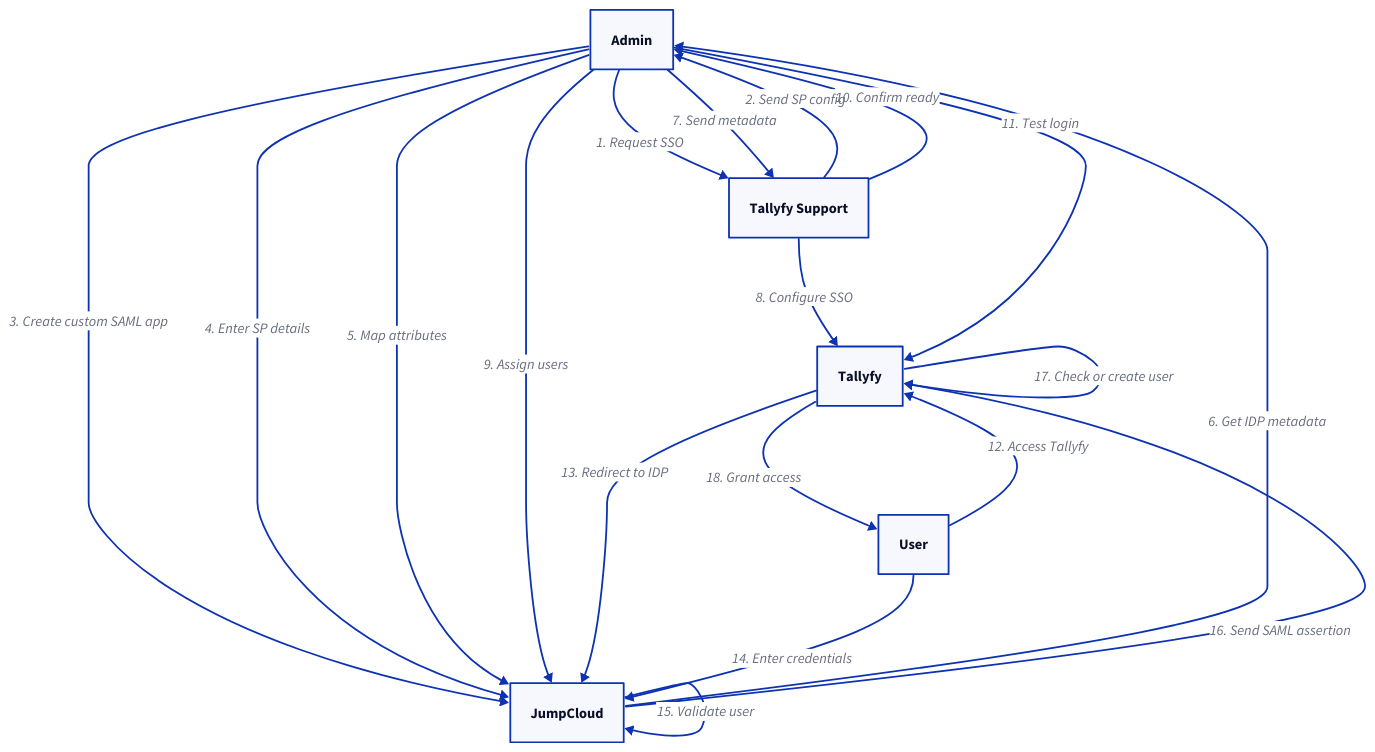
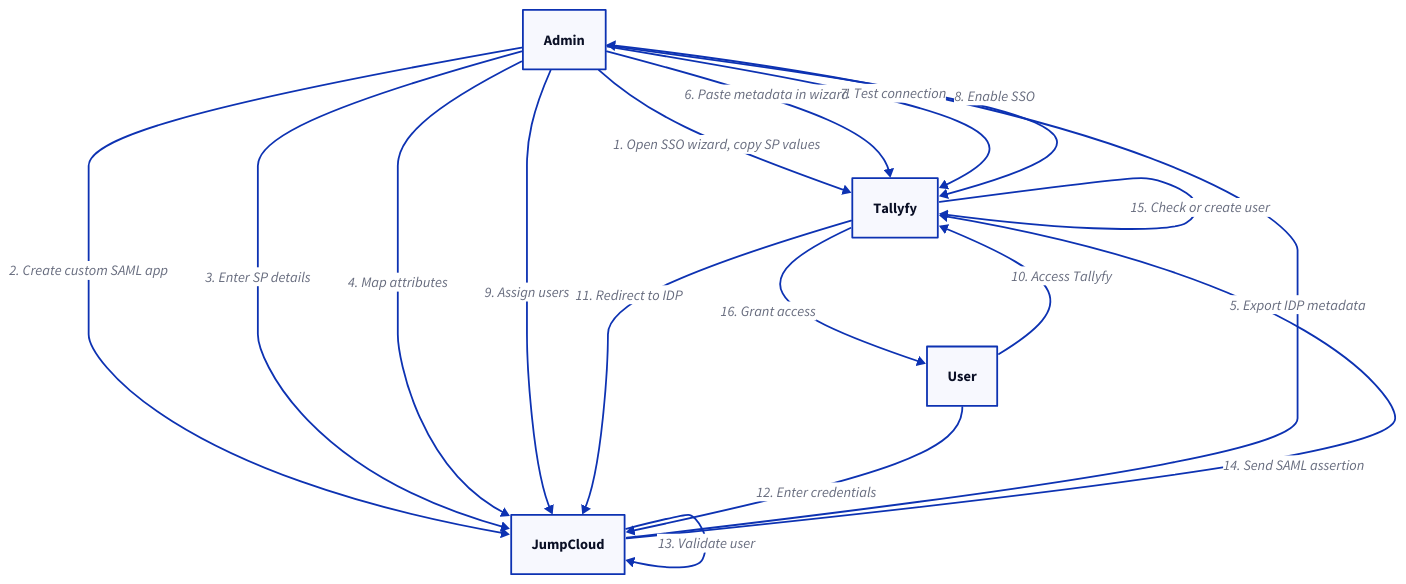
Before and after one commit to tallyfy/documentation: the diagram in src/content/docs/pro/integrations/authentication/how-to-integrate-jumpcloud-samlsso-with-tallyfy.mdx, drawn with D2. The commit also changed other lines of this file and 8 other files, not shown here.

````diff
--- a/src/content/docs/pro/integrations/authentication/how-to-integrate-jumpcloud-samlsso-with-tallyfy.mdx
+++ b/src/content/docs/pro/integrations/authentication/how-to-integrate-jumpcloud-samlsso-with-tallyfy.mdx
@@ -177,29 +180,26 @@
 ```d2
 Admin: Admin
 JumpCloud: JumpCloud
-Support: Tallyfy Support
 Tallyfy: Tallyfy
 User: User
 
 # Setup Phase
-Admin -> Support: 1. Request SSO
-Support -> Admin: 2. Send SP config
-Admin -> JumpCloud: 3. Create custom SAML app
-Admin -> JumpCloud: 4. Enter SP details
-Admin -> JumpCloud: 5. Map attributes
-JumpCloud -> Admin: 6. Get IDP metadata
-Admin -> Support: 7. Send metadata
-Support -> Tallyfy: 8. Configure SSO
+Admin -> Tallyfy: 1. Open SSO wizard, copy SP values
+Admin -> JumpCloud: 2. Create custom SAML app
+Admin -> JumpCloud: 3. Enter SP details
+Admin -> JumpCloud: 4. Map attributes
+JumpCloud -> Admin: 5. Export IDP metadata
+Admin -> Tallyfy: 6. Paste metadata in wizard
+Admin -> Tallyfy: 7. Test connection
+Admin -> Tallyfy: 8. Enable SSO
 Admin -> JumpCloud: 9. Assign users
-Support -> Admin: 10. Confirm ready
-Admin -> Tallyfy: 11. Test login
 
 # Authentication Phase
-User -> Tallyfy: 12. Access Tallyfy
-Tallyfy -> JumpCloud: 13. Redirect to IDP
-User -> JumpCloud: 14. Enter credentials
-JumpCloud -> JumpCloud: 15. Validate user
-JumpCloud -> Tallyfy: 16. Send SAML assertion
-Tallyfy -> Tallyfy: 17. Check or create user
-Tallyfy -> User: 18. Grant access
+User -> Tallyfy: 10. Access Tallyfy
+Tallyfy -> JumpCloud: 11. Redirect to IDP
+User -> JumpCloud: 12. Enter credentials
+JumpCloud -> JumpCloud: 13. Validate user
+JumpCloud -> Tallyfy: 14. Send SAML assertion
+Tallyfy -> Tallyfy: 15. Check or create user
+Tallyfy -> User: 16. Grant access
 ```
````
